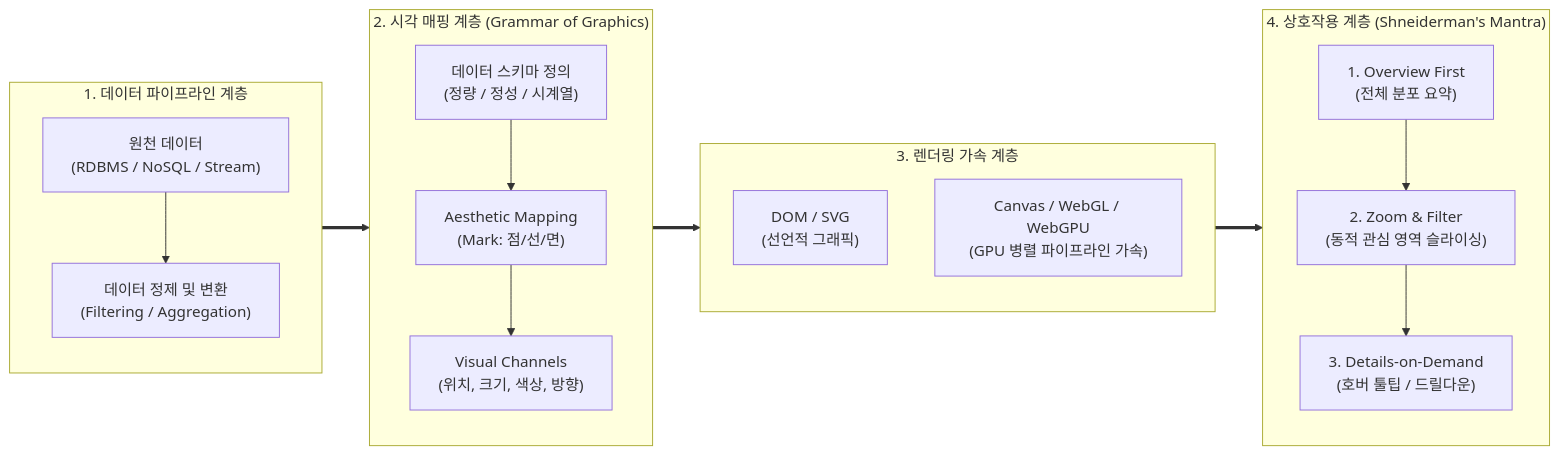
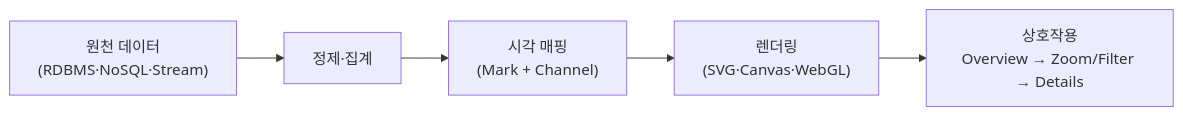
Before and after one commit to supremethumb/supremethumb.github.io: the diagram in content/01_IT Tech/데이터 가시화.md, drawn with Mermaid. The commit also changed other lines of this file and 1087 other files, not shown here.

````diff
--- a/content/01_IT Tech/데이터 가시화.md
+++ b/content/01_IT Tech/데이터 가시화.md
@@ -28,29 +36,7 @@
 ```mermaid
 flowchart LR
-    subgraph DATA["1. 데이터 파이프라인 계층"]
-        direction TB
-        RAW["원천 데이터<br/>(RDBMS / NoSQL / Stream)"] --> PRE["데이터 정제 및 변환<br/>(Filtering / Aggregation)"]
-    end
-
-    subgraph MAPPING["2. 시각 매핑 계층 (Grammar of Graphics)"]
-        direction TB
-        SCHEMA["데이터 스키마 정의<br/>(정량 / 정성 / 시계열)"] --> TRANS["Aesthetic Mapping<br/>(Mark: 점/선/면)"]
-        TRANS --> CHAN["Visual Channels<br/>(위치, 크기, 색상, 방향)"]
-    end
-
-    subgraph RENDER["3. 렌더링 가속 계층"]
-        direction TB
-        DOM["DOM / SVG<br/>(선언적 그래픽)"]
-        ACCEL["Canvas / WebGL / WebGPU<br/>(GPU 병렬 파이프라인 가속)"]
-    end
-
-    subgraph INTERACT["4. 상호작용 계층 (Shneiderman's Mantra)"]
-        direction TB
-        OV["1. Overview First<br/>(전체 분포 요약)"] --> ZF["2. Zoom & Filter<br/>(동적 관심 영역 슬라이싱)"]
-        ZF --> DT["3. Details-on-Demand<br/>(호버 툴팁 / 드릴다운)"]
-    end
-
-    DATA ==> MAPPING
-    MAPPING ==> RENDER
-    RENDER ==> INTERACT
+    RAW["원천 데이터<br/>(RDBMS·NoSQL·Stream)"] --> PRE["정제·집계"]
+    PRE --> MAP["시각 매핑<br/>(Mark + Channel)"]
+    MAP --> REN["렌더링<br/>(SVG·Canvas·WebGL)"]
+    REN --> INT["상호작용<br/>Overview → Zoom/Filter → Details"]
 ```
````
